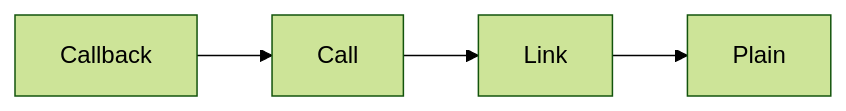
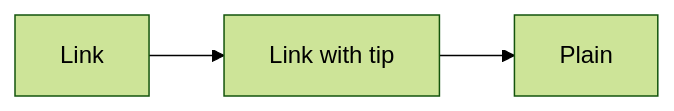
One commit to mermaid-js/mermaid-v13 changed the diagram in e2e/diagrams/flowchart/baseline/interactions/clickable.mmd. Above: the diagram before and after it, drawn with Mermaid (forest theme). The commit also changed 8 other files, not shown here.

```diff
--- a/e2e/diagrams/flowchart/baseline/interactions/clickable.mmd
+++ b/e2e/diagrams/flowchart/baseline/interactions/clickable.mmd
@@ -1,10 +1,8 @@
 ---
-description: callback, call and href nodes carry a pointer cursor; a plain node does not (#355, D605)
+description: href nodes carry a pointer cursor; a plain node does not (#355, D605)
 ---
 flowchart LR
-  A[Callback] --> B[Call]
-  B --> C[Link]
-  C --> D[Plain]
-  click A callback "tip"
-  click B call cb() "tip"
-  click C "https://example.com" "to C"
+  A[Link] --> B[Link with tip]
+  B --> C[Plain]
+  click A "https://example.com" "to A"
+  click B href "https://example.com/b" "to B"
```
